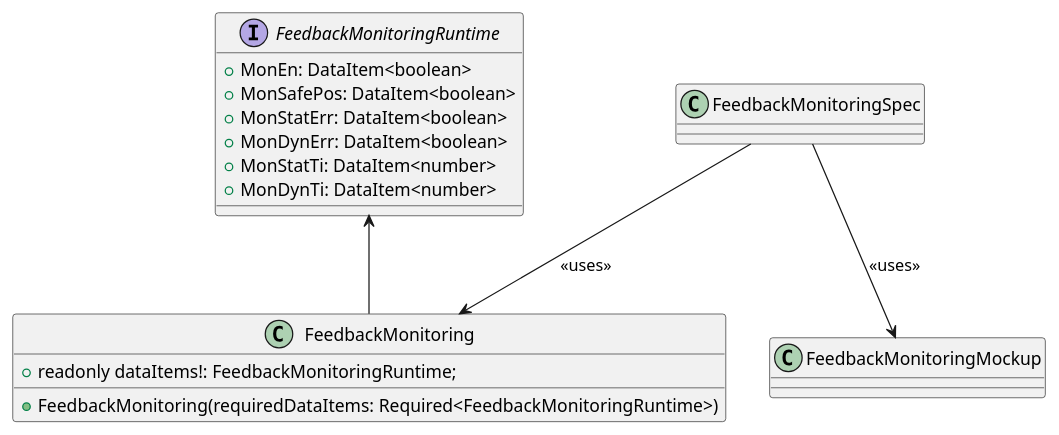
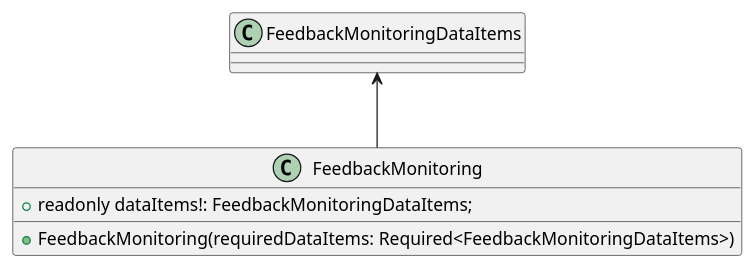
One commit to p2o-lab/polaris-backend changed the diagram in src/modularPlantManager/pea/dataAssembly/baseFunction/feedbackMonitoring/FeedbackMonitoring.puml. Above: the diagram before and after it, drawn with PlantUML. The commit also changed 12 other files, not shown here.

```diff
--- a/src/modularPlantManager/pea/dataAssembly/baseFunction/feedbackMonitoring/FeedbackMonitoring.puml
+++ b/src/modularPlantManager/pea/dataAssembly/baseFunction/feedbackMonitoring/FeedbackMonitoring.puml
@@ -26,23 +26,13 @@
 @startuml
 'https://plantuml.com/class-diagram
 
-interface FeedbackMonitoringRuntime{
-	+ MonEn: DataItem<boolean>
-	+ MonSafePos: DataItem<boolean>
-	+ MonStatErr: DataItem<boolean>
-	+ MonDynErr: DataItem<boolean>
-	+ MonStatTi: DataItem<number>
-	+ MonDynTi: DataItem<number>
+
+class FeedbackMonitoring{
+    + readonly dataItems!: FeedbackMonitoringDataItems;
+
+    +FeedbackMonitoring(requiredDataItems: Required<FeedbackMonitoringDataItems>)
 }
 
-class FeedbackMonitoring{
-    + readonly dataItems!: FeedbackMonitoringRuntime;
-
-    +FeedbackMonitoring(requiredDataItems: Required<FeedbackMonitoringRuntime>)
-}
-
-FeedbackMonitoringRuntime <-- FeedbackMonitoring
-FeedbackMonitoringSpec --> FeedbackMonitoring : <<uses>>
-FeedbackMonitoringSpec --> FeedbackMonitoringMockup : <<uses>>
+FeedbackMonitoringDataItems <-- FeedbackMonitoring
 
 @enduml
```
